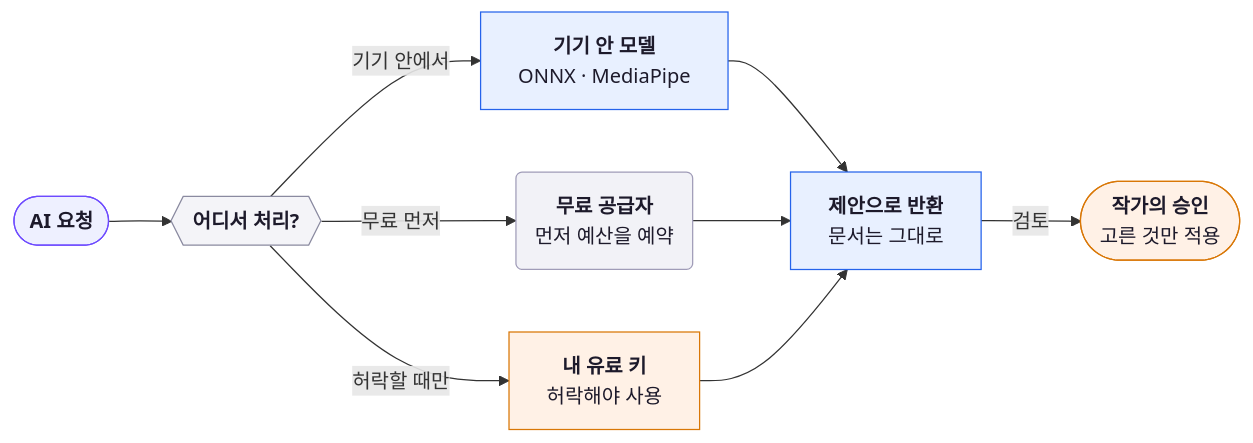
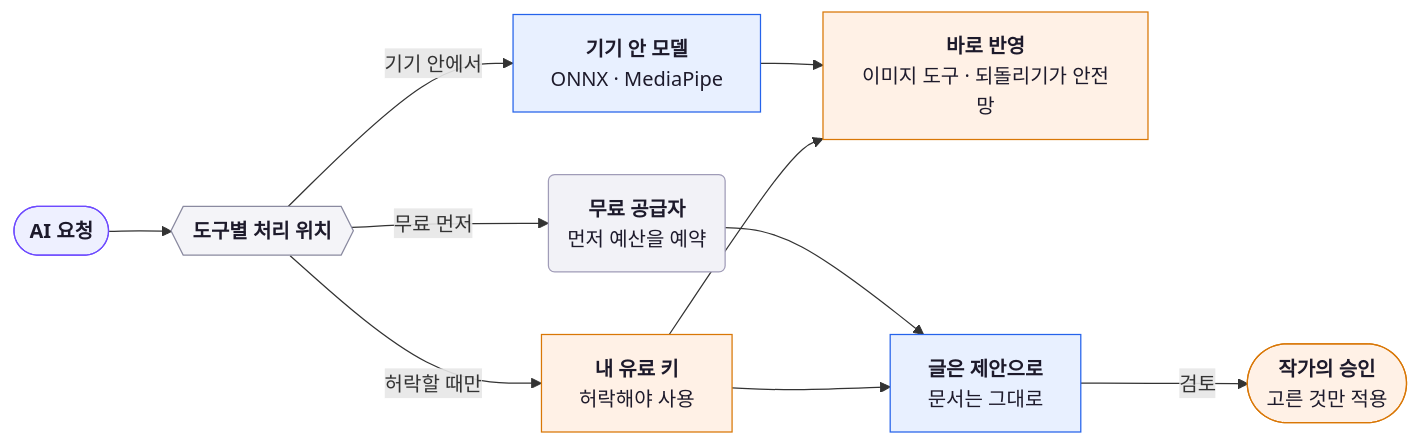
The seventh of 13 diagrams in docs/technology/engineering-architecture.md (blue45f/toonstudio), drawn with Mermaid before and after one commit. The commit also changed other lines of this file and 9 other files, not shown here.

````diff
--- a/docs/technology/engineering-architecture.md
+++ b/docs/technology/engineering-architecture.md
@@ -380,25 +380,28 @@
 ```mermaid
 flowchart LR
   ask(["<b>AI 요청</b>"])
-  route{{"<b>어디서 처리?</b>"}}
+  route{{"<b>도구별 처리 위치</b>"}}
   device["<b>기기 안 모델</b><br/>ONNX · MediaPipe"]
   free("<b>무료 공급자</b><br/>먼저 예산을 예약")
   paid["<b>내 유료 키</b><br/>허락해야 사용"]
-  proposal["<b>제안으로 반환</b><br/>문서는 그대로"]
+  direct["<b>바로 반영</b><br/>이미지 도구 · 되돌리기가 안전망"]
+  proposal["<b>글은 제안으로</b><br/>문서는 그대로"]
   author(["<b>작가의 승인</b><br/>고른 것만 적용"])
   ask --> route
   route -->|"기기 안에서"| device
   route -->|"무료 먼저"| free
   route -->|"허락할 때만"| paid
-  device --> proposal
+  device --> direct
   free --> proposal
   paid --> proposal
+  paid --> direct
   proposal -->|"검토"| author
   style ask fill:#eef0ff,stroke:#6d4aff,color:#1d1a2b
   style route fill:#f4f4f8,stroke:#8a8aa0,color:#1d1a2b
   style device fill:#e8f0ff,stroke:#2563eb,color:#1d1a2b
   style free fill:#f2f2f7,stroke:#a09cb8,color:#1d1a2b
   style paid fill:#fff1e6,stroke:#d97706,color:#1d1a2b
+  style direct fill:#fff1e6,stroke:#d97706,color:#1d1a2b
   style proposal fill:#e8f0ff,stroke:#2563eb,color:#1d1a2b
   style author fill:#fff1e6,stroke:#d97706,color:#1d1a2b
 ```
````
